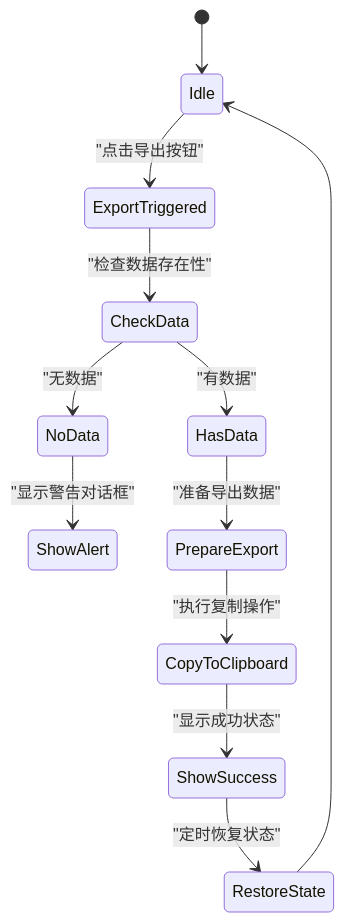
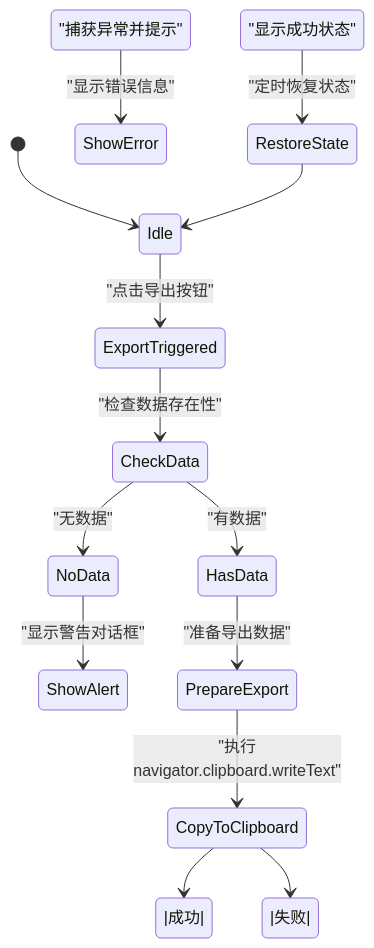
The fourth of 6 diagrams in .qoder/repowiki/zh/content/数据导出功能.md (channely/netscope), drawn with Mermaid before and after one commit. The commit also changed other lines of this file and 4 other files, not shown here.

````diff
--- a/.qoder/repowiki/zh/content/数据导出功能.md
+++ b/.qoder/repowiki/zh/content/数据导出功能.md
@@ -125,14 +130,16 @@
 ```mermaid
 stateDiagram-v2
 [*] --> Idle
 Idle --> ExportTriggered : "点击导出按钮"
 ExportTriggered --> CheckData : "检查数据存在性"
 CheckData --> NoData : "无数据"
 CheckData --> HasData : "有数据"
 NoData --> ShowAlert : "显示警告对话框"
 HasData --> PrepareExport : "准备导出数据"
-PrepareExport --> CopyToClipboard : "执行复制操作"
-CopyToClipboard --> ShowSuccess : "显示成功状态"
+PrepareExport --> CopyToClipboard : "执行navigator.clipboard.writeText"
+CopyToClipboard --> |成功| ShowSuccess : "显示成功状态"
+CopyToClipboard --> |失败| HandleError : "捕获异常并提示"
+HandleError --> ShowError : "显示错误信息"
 ShowSuccess --> RestoreState : "定时恢复状态"
 RestoreState --> Idle
 ```
````
